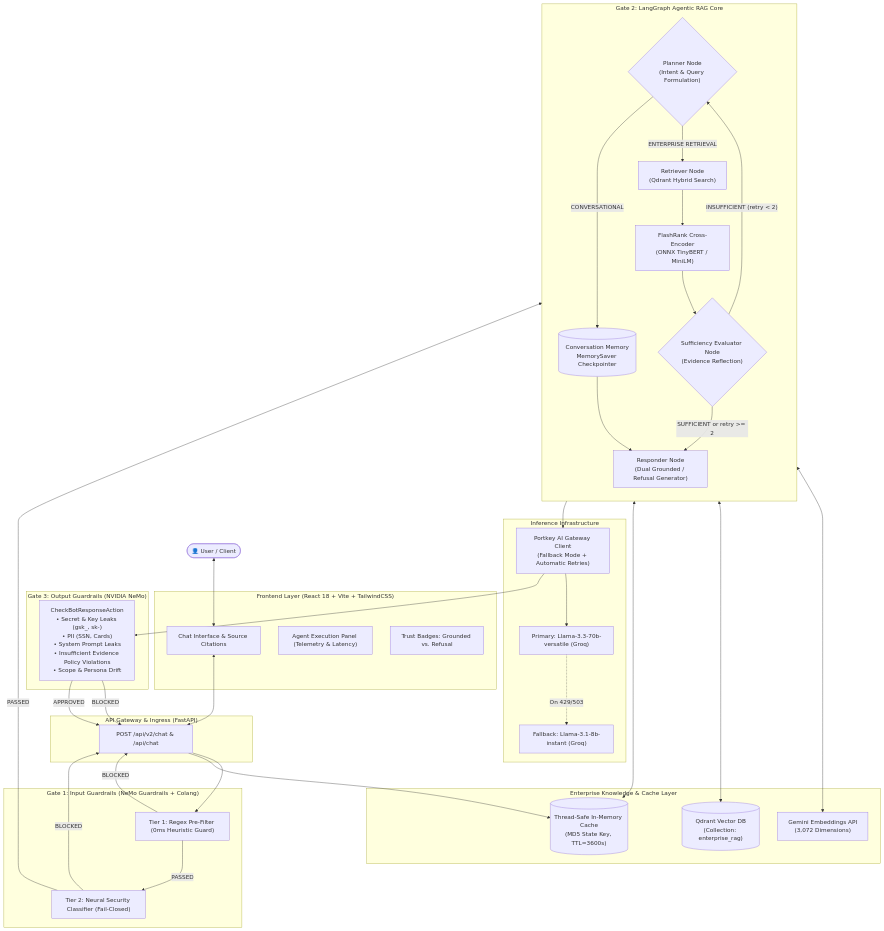
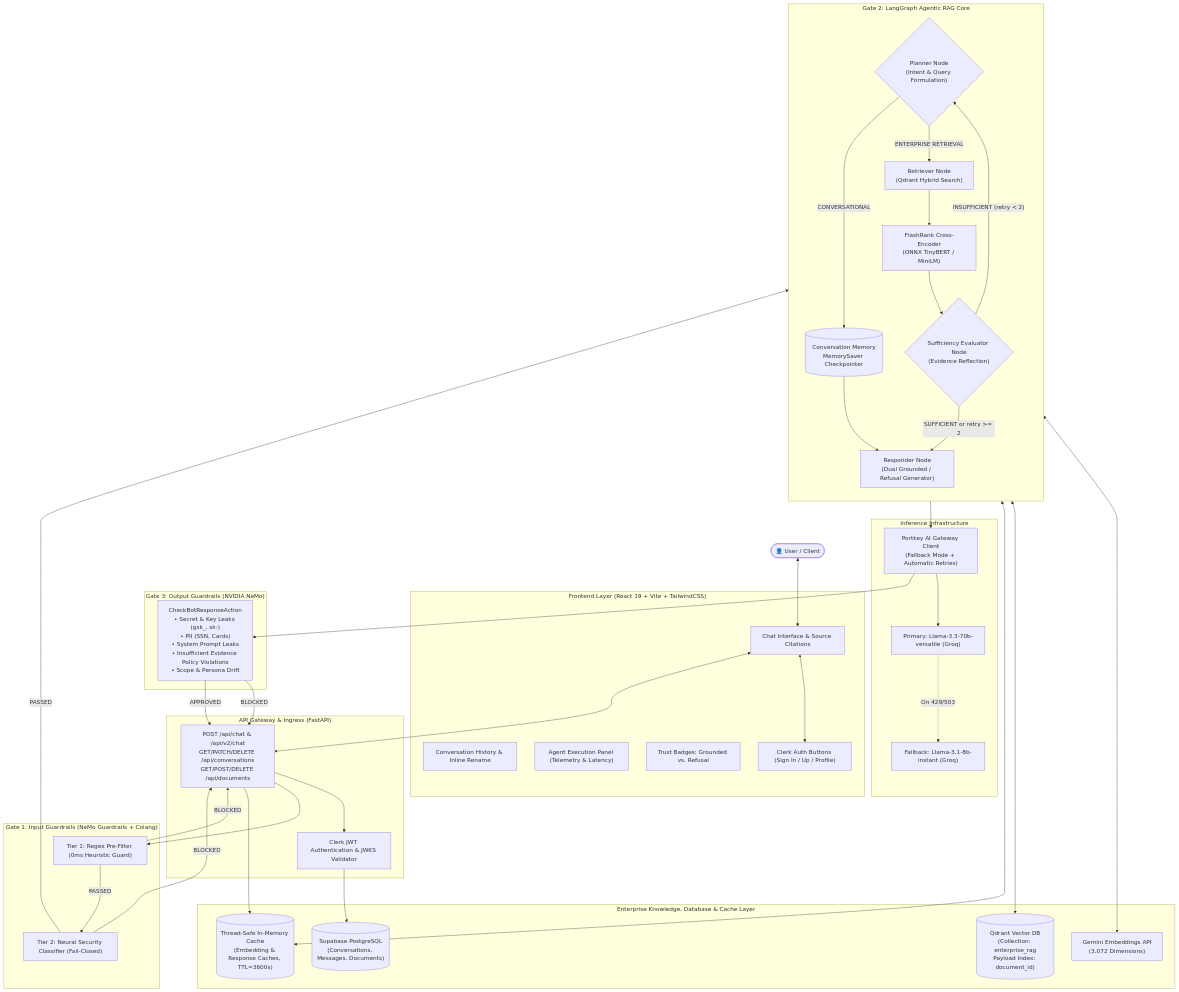
One commit to Piyush30007/Nexa-AI changed the first of 2 diagrams in README.md. Above: the diagram before and after it, drawn with Mermaid. The commit also changed other lines of this file, not shown here.

Commit message:
docs: update README with Clerk auth, conversation APIs, 111+ tests, and Supabase DB

````diff
--- a/README.md
+++ b/README.md
@@ -50,73 +56,80 @@
 ```mermaid
 flowchart TD
     User(["👤 User / Client"])
 
-    subgraph Frontend["Frontend Layer (React 18 + Vite + TailwindCSS)"]
+    subgraph Frontend["Frontend Layer (React 19 + Vite + TailwindCSS)"]
         UI["Chat Interface & Source Citations"]
+        HistorySidebar["Conversation History & Inline Rename"]
         ExecPanel["Agent Execution Panel (Telemetry & Latency)"]
         Badge["Trust Badges: Grounded vs. Refusal"]
+        AuthUI["Clerk Auth Buttons (Sign In / Up / Profile)"]
     end
 
     subgraph Gateway["API Gateway & Ingress (FastAPI)"]
-        API["POST /api/v2/chat & /api/chat"]
+        AuthGuard["Clerk JWT Authentication & JWKS Validator"]
+        API["POST /api/chat & /api/v2/chat\nGET/PATCH/DELETE /api/conversations\nGET/POST/DELETE /api/documents"]
     end
 
     subgraph InputGuard["Gate 1: Input Guardrails (NeMo Guardrails + Colang)"]
         T1["Tier 1: Regex Pre-Filter (0ms Heuristic Guard)"]
         T2["Tier 2: Neural Security Classifier (Fail-Closed)"]
     end
 
     subgraph AgenticCore["Gate 2: LangGraph Agentic RAG Core"]
         direction TB
         Planner{"Planner Node\n(Intent & Query Formulation)"}
         ConvMem[("Conversation Memory\nMemorySaver Checkpointer")]
         Retriever["Retriever Node\n(Qdrant Hybrid Search)"]
         Reranker["FlashRank Cross-Encoder\n(ONNX TinyBERT / MiniLM)"]
         Sufficiency{"Sufficiency Evaluator Node\n(Evidence Reflection)"}
         Responder["Responder Node\n(Dual Grounded / Refusal Generator)"]
         
         Planner -- "CONVERSATIONAL" --> ConvMem --> Responder
         Planner -- "ENTERPRISE RETRIEVAL" --> Retriever
         Retriever --> Reranker --> Sufficiency
         Sufficiency -- "INSUFFICIENT (retry < 2)" --> Planner
         Sufficiency -- "SUFFICIENT or retry >= 2" --> Responder
     end
 
-    subgraph DataStorage["Enterprise Knowledge & Cache Layer"]
-        Qdrant[("Qdrant Vector DB\n(Collection: enterprise_rag)")]
+    subgraph DataStorage["Enterprise Knowledge, Database & Cache Layer"]
+        Postgres[("Supabase PostgreSQL\n(Conversations, Messages, Documents)")]
+        Qdrant[("Qdrant Vector DB\n(Collection: enterprise_rag\nPayload Index: document_id)")]
         GeminiEmbed["Gemini Embeddings API\n(3,072 Dimensions)"]
-        InMemCache[("Thread-Safe In-Memory Cache\n(MD5 State Key, TTL=3600s)")]
+        InMemCache[("Thread-Safe In-Memory Cache\n(Embedding & Response Caches, TTL=3600s)")]
     end
 
     subgraph OutputGuard["Gate 3: Output Guardrails (NVIDIA NeMo)"]
         CheckOutput["CheckBotResponseAction\n• Secret & Key Leaks (gsk_, sk-)\n• PII (SSN, Cards)\n• System Prompt Leaks\n• Insufficient Evidence Policy Violations\n• Scope & Persona Drift"]
     end
 
     subgraph ModelGateway["Inference Infrastructure"]
         PortkeyClient["Portkey AI Gateway Client\n(Fallback Mode + Automatic Retries)"]
         PrimaryModel["Primary: Llama-3.3-70b-versatile (Groq)"]
         FallbackModel["Fallback: Llama-3.1-8b-instant (Groq)"]
     end
 
     %% Wiring
     User <--> UI
+    UI <--> AuthUI
     UI <--> API
+    API --> AuthGuard
+    AuthGuard --> Postgres
     API --> T1
     T1 -- "BLOCKED" --> API
     T1 -- "PASSED" --> T2
     T2 -- "BLOCKED" --> API
     T2 -- "PASSED" --> Planner
 
     Retriever <--> GeminiEmbed
     Retriever <--> Qdrant
     Planner <--> InMemCache
 
     Responder --> PortkeyClient
     PortkeyClient --> PrimaryModel
     PrimaryModel -. "On 429/503" .-> FallbackModel
     PortkeyClient --> CheckOutput
 
     CheckOutput -- "BLOCKED" --> API
     CheckOutput -- "APPROVED" --> API
     API --> InMemCache
 ```
````
